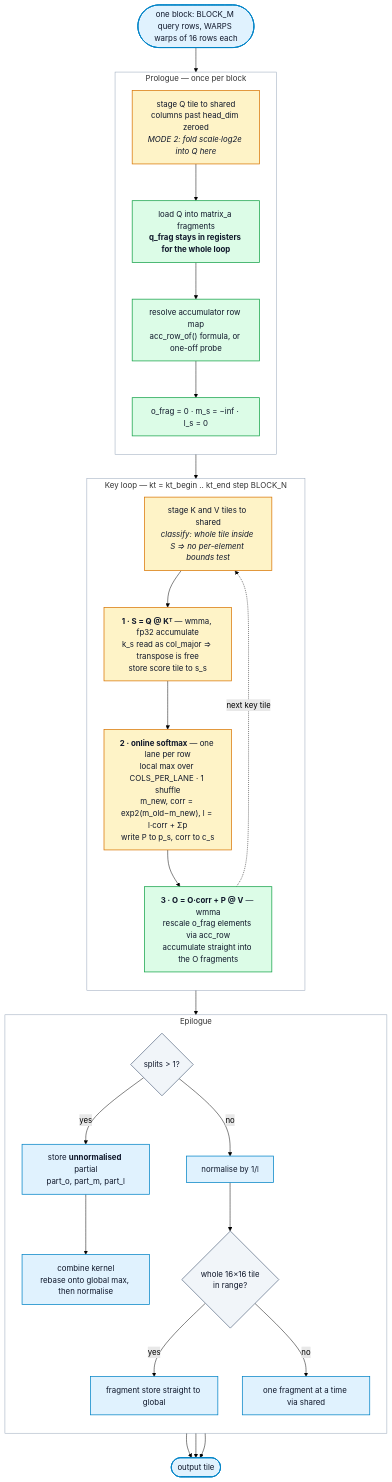
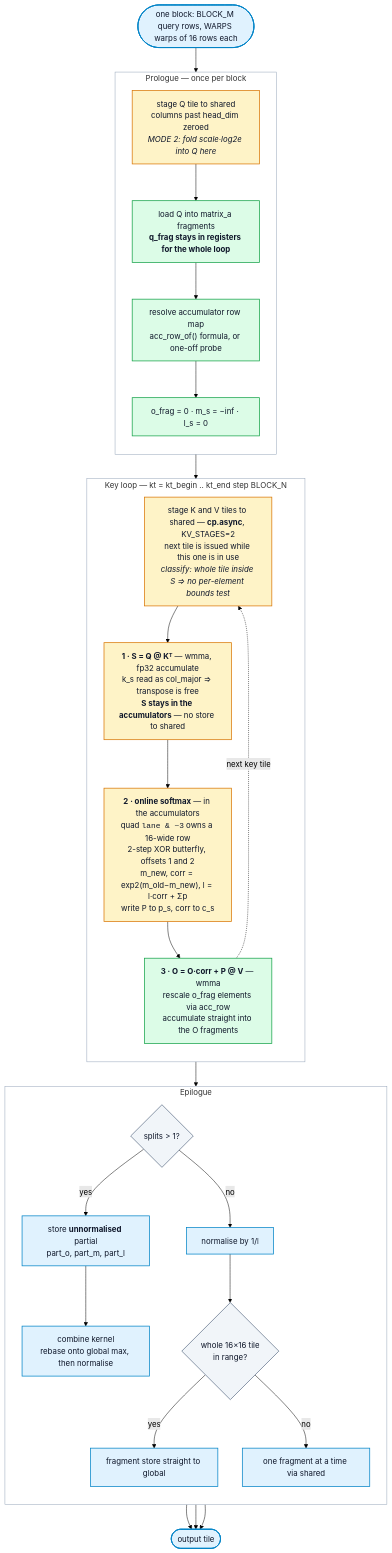
Before and after one commit to jazwinn/Distraction-OptimizedTransformerLayer: the fourth of 9 diagrams in attention_dispatch_graph.md, drawn with Mermaid (forest theme). The commit also changed other lines of this file and 2 other files, not shown here.

Commit message:
Updated ReadMe and Technical Report

````diff
--- a/attention_dispatch_graph.md
+++ b/attention_dispatch_graph.md
@@ -243,62 +243,62 @@
 ```mermaid
 flowchart TD
     entry(["one block: BLOCK_M query rows, WARPS warps of 16 rows each"])
 
     subgraph prologue ["Prologue — once per block"]
         direction TB
         pq["stage Q tile to shared<br/>columns past head_dim zeroed<br/><i>MODE 2: fold scale·log2e into Q here</i>"]
         pf["load Q into matrix_a fragments<br/><b>q_frag stays in registers for the whole loop</b>"]
         pp["resolve accumulator row map<br/>acc_row_of() formula, or one-off probe"]
         pz["o_frag = 0 · m_s = −inf · l_s = 0"]
         pq --> pf --> pp --> pz
     end
 
     subgraph loop ["Key loop — kt = kt_begin .. kt_end step BLOCK_N"]
         direction TB
-        stage["stage K and V tiles to shared<br/><i>classify: whole tile inside S ⇒ no per-element bounds test</i>"]
-        g1["<b>1 · S = Q @ Kᵀ</b> — wmma, fp32 accumulate<br/>k_s read as col_major ⇒ transpose is free<br/>store score tile to s_s"]
-        sm["<b>2 · online softmax</b> — one lane per row<br/>local max over COLS_PER_LANE · 1 shuffle<br/>m_new, corr = exp2(m_old−m_new), l = l·corr + Σp<br/>write P to p_s, corr to c_s"]
+        stage["stage K and V tiles to shared — <b>cp.async</b>, KV_STAGES=2<br/>next tile is issued while this one is in use<br/><i>classify: whole tile inside S ⇒ no per-element bounds test</i>"]
+        g1["<b>1 · S = Q @ Kᵀ</b> — wmma, fp32 accumulate<br/>k_s read as col_major ⇒ transpose is free<br/><b>S stays in the accumulators</b> — no store to shared"]
+        sm["<b>2 · online softmax</b> — in the accumulators<br/>quad <code>lane & ~3</code> owns a 16-wide row<br/>2-step XOR butterfly, offsets 1 and 2<br/>m_new, corr = exp2(m_old−m_new), l = l·corr + Σp<br/>write P to p_s, corr to c_s"]
         g2["<b>3 · O = O·corr + P @ V</b> — wmma<br/>rescale o_frag elements via acc_row<br/>accumulate straight into the O fragments"]
         stage --> g1 --> sm --> g2
     end
 
     subgraph epi ["Epilogue"]
         direction TB
         sp{"splits &gt; 1?"}
         part["store <b>unnormalised</b> partial<br/>part_o, part_m, part_l"]
         comb["combine kernel<br/>rebase onto global max, then normalise"]
         norm["normalise by 1/l"]
         dir{"whole 16×16 tile<br/>in range?"}
         d1["fragment store straight to global"]
         d2["one fragment at a time via shared"]
         sp -->|"yes"| part --> comb
         sp -->|"no"| norm --> dir
         dir -->|"yes"| d1
         dir -->|"no"| d2
     end
 
     out(["output tile"])
 
     entry --> pq
     pz --> stage
     g2 -.->|"next key tile"| stage
     g2 --> sp
     comb --> out
     d1 --> out
     d2 --> out
 
     %% Styling
     classDef ingress fill:#e0f2fe,stroke:#0284c7,stroke-width:2px,color:#0f172a;
     classDef reg fill:#dcfce7,stroke:#16a34a,stroke-width:1.5px,color:#0f172a;
     classDef shm fill:#fef3c7,stroke:#d97706,stroke-width:1.5px,color:#0f172a;
     classDef glb fill:#e0f2fe,stroke:#0284c7,stroke-width:1.5px,color:#0f172a;
     classDef hostwork fill:#f1f5f9,stroke:#64748b,stroke-width:1.5px,color:#0f172a;
     classDef box fill:transparent,stroke:#94a3b8;
 
     class entry,out ingress;
     class pf,pp,pz,g2 reg;
     class pq,stage,g1,sm shm;
     class part,comb,d1,d2,norm glb;
     class sp,dir hostwork;
     class prologue,loop,epi box;
 ```
````
